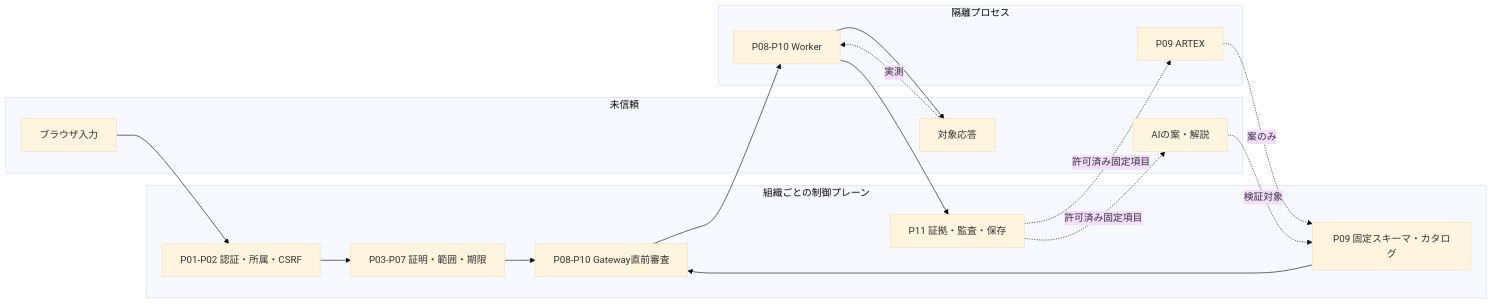
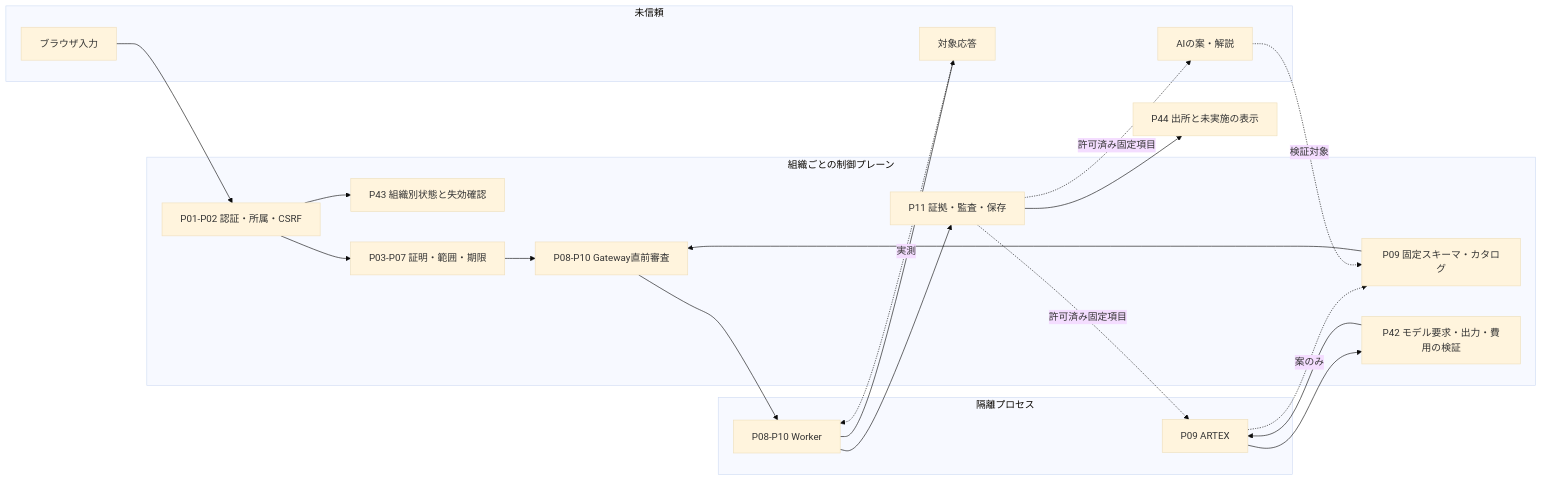
Before and after one commit to FORIFOR/Vulnix: the third of 4 diagrams in docs/CURRENT_FLOW.md, drawn with Mermaid (base theme). The commit also changed other lines of this file and 5 other files, not shown here.

Commit message:
Refresh PR85 flow inventory and trust boundaries

````diff
--- a/docs/CURRENT_FLOW.md
+++ b/docs/CURRENT_FLOW.md
@@ -141,25 +154,30 @@
 ```mermaid
 flowchart LR
   subgraph B1[未信頼]
     U[ブラウザ入力]
     X[対象応答]
     M[AIの案・解説]
   end
   subgraph B2[組織ごとの制御プレーン]
     H[P01-P02 認証・所属・CSRF]
+    T[P43 組織別状態と失効確認]
     S[P03-P07 証明・範囲・期限]
     V[P09 固定スキーマ・カタログ]
+    L[P42 モデル要求・出力・費用の検証]
     G[P08-P10 Gateway直前審査]
     E[P11 証拠・監査・保存]
   end
   subgraph B3[隔離プロセス]
     A[P09 ARTEX]
     W[P08-P10 Worker]
   end
   U --> H --> S --> G --> W --> X
+  H --> T
   X -.実測.-> W --> E
   E -.許可済み固定項目.-> A
+  A --> L --> A
   A -.案のみ.-> V --> G
   M -.検証対象.-> V
   E -.許可済み固定項目.-> M
+  E --> D[P44 出所と未実施の表示]
 ```
````
